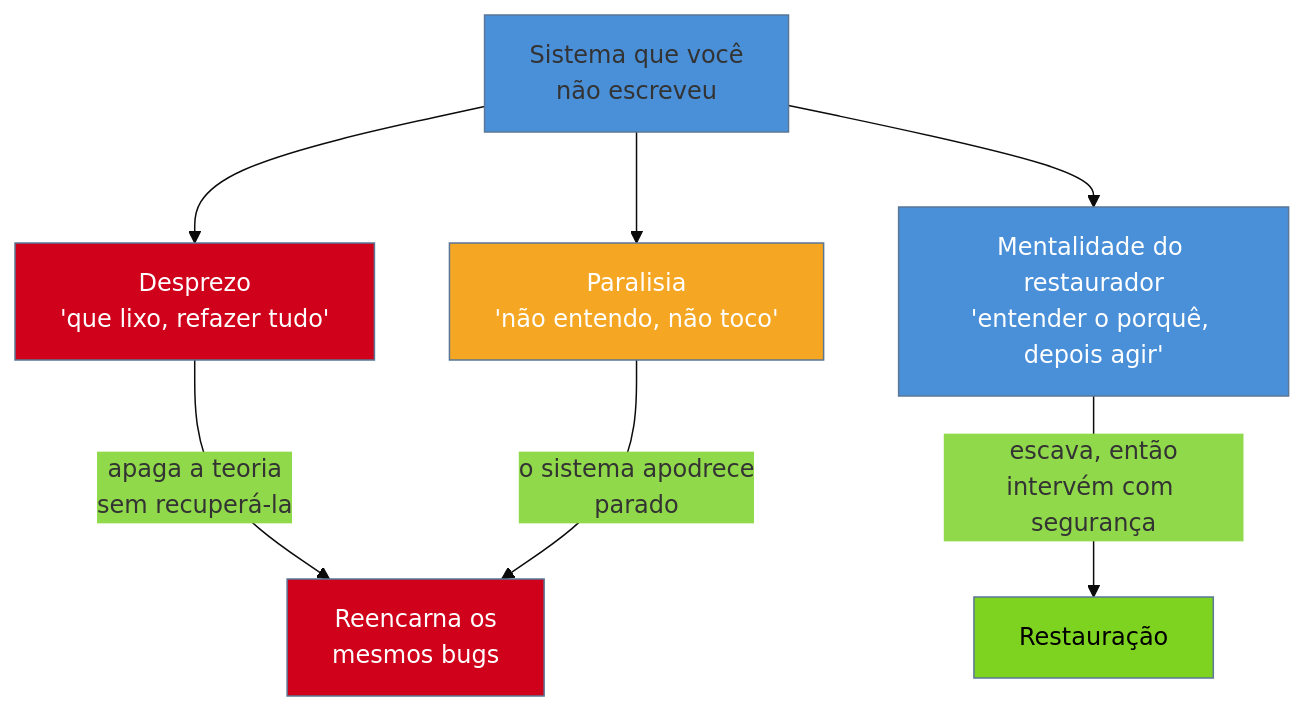
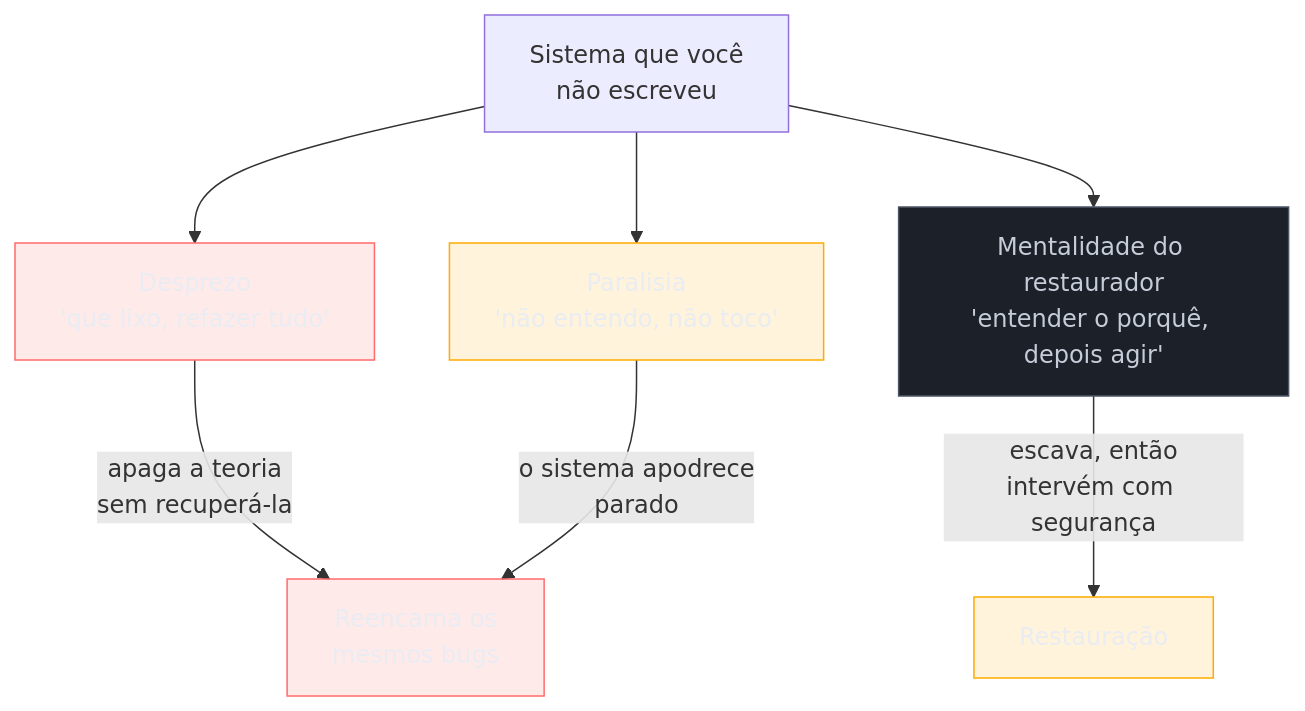
Before and after one commit to josenaldo/codex-technomanticus: the diagram in 03-Dominios/Engenharia/Arqueologia e Restauração de Software/02 - A mentalidade do restaurador.md, drawn with Mermaid. The commit also changed 1181 other files, not shown here.

First line of the commit message:
fix(diagramas): paleta do sistema no lugar de cor cravada no markdown

````diff
--- a/03-Dominios/Engenharia/Arqueologia e Restauração de Software/02 - A mentalidade do restaurador.md
+++ b/03-Dominios/Engenharia/Arqueologia e Restauração de Software/02 - A mentalidade do restaurador.md
@@ -27,15 +27,17 @@
 ```mermaid
-%%{init: {"theme": "base", "themeVariables": {"primaryColor": "#4A90D9"}}}%%
 graph TD
+    classDef falha fill:#FF6B6B24,stroke:#FF6B6B,color:#E9ECF2
+    classDef destaque fill:#FFAA0024,stroke:#FFAA00,color:#E9ECF2
+    classDef neutro fill:#1B2029,stroke:#4E5666,color:#C6CCD8
     S["Sistema que você<br/>não escreveu"] --> A["Desprezo<br/>'que lixo, refazer tudo'"]
     S --> B["Paralisia<br/>'não entendo, não toco'"]
     S --> C["Mentalidade do restaurador<br/>'entender o porquê, depois agir'"]
     A -->|"apaga a teoria<br/>sem recuperá-la"| X["Reencarna os<br/>mesmos bugs"]
     B -->|"o sistema apodrece<br/>parado"| X
     C -->|"escava, então<br/>intervém com segurança"| V["Restauração"]
-    style A fill:#D0021B,color:#fff
-    style B fill:#F5A623,color:#fff
-    style C fill:#4A90D9,color:#fff
-    style X fill:#D0021B,color:#fff
-    style V fill:#7ED321,color:#000
+    class A falha
+    class B destaque
+    class C neutro
+    class X falha
+    class V destaque
 ```
````
